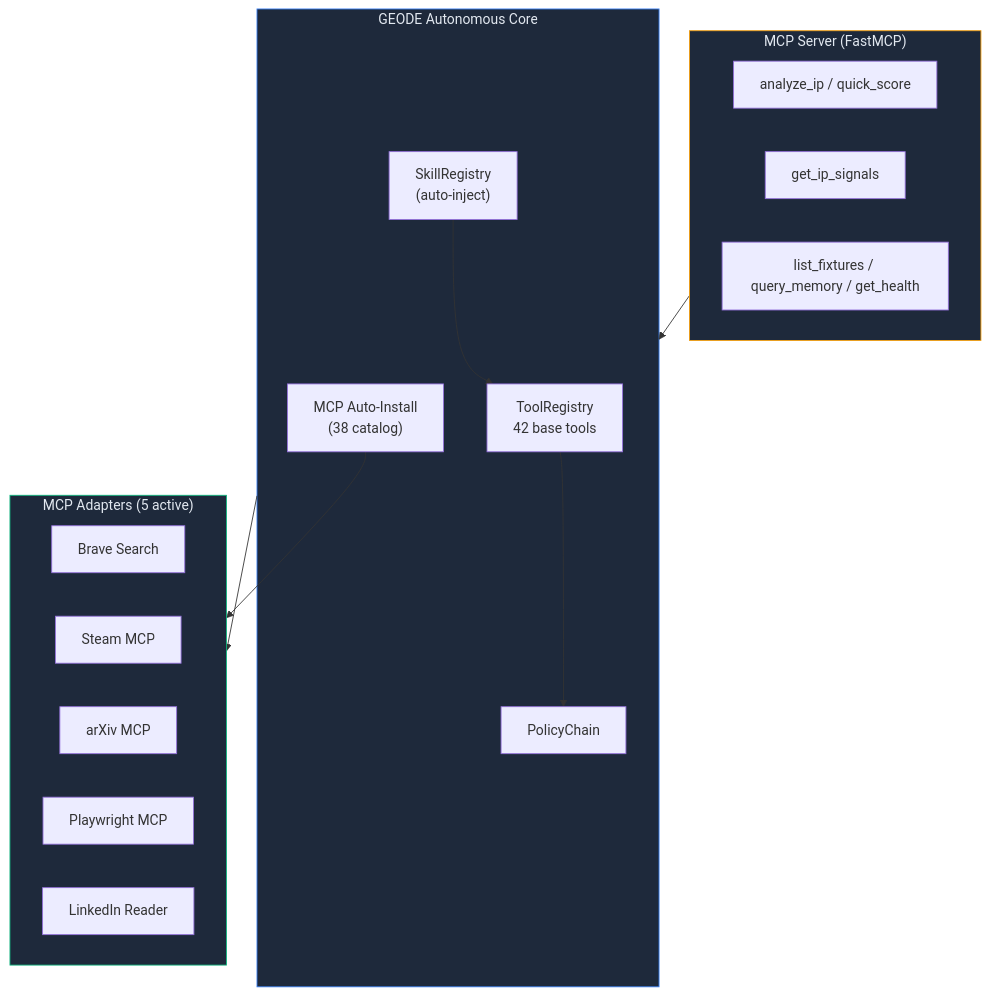
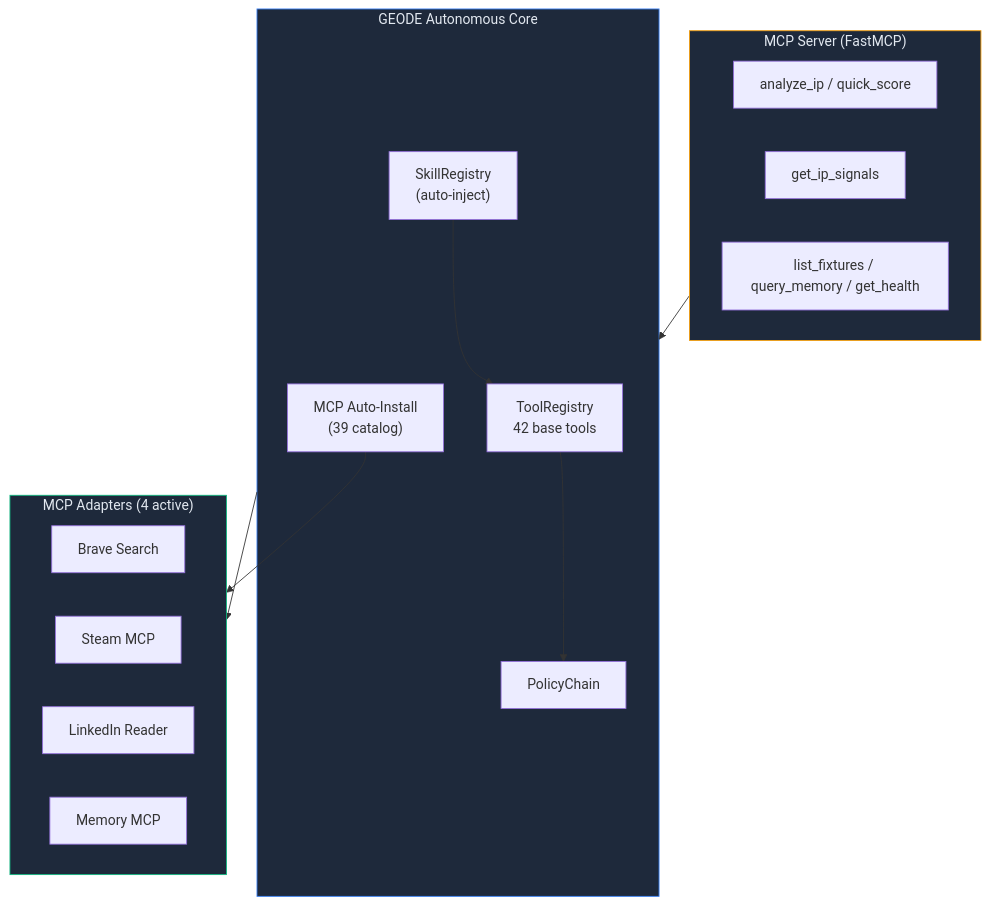
Diagram 12 of 15 in README.md (mangowhoiscloud/geode), drawn with Mermaid before and after one commit. The commit also changed other lines of this file and 1 other file, not shown here.

````diff
--- a/README.md
+++ b/README.md
@@ -513,33 +513,32 @@
 ```mermaid
 graph TB
     subgraph GEODE["GEODE Autonomous Core"]
         Registry["ToolRegistry<br/>42 base tools"]
         Policy["PolicyChain"]
         SkillReg["SkillRegistry<br/>(auto-inject)"]
-        MCPInstall["MCP Auto-Install<br/>(38 catalog)"]
+        MCPInstall["MCP Auto-Install<br/>(39 catalog)"]
     end
 
-    subgraph MCPAdapters["MCP Adapters (5 active)"]
+    subgraph MCPAdapters["MCP Adapters (4 active)"]
         Brave["Brave Search"]
         Steam["Steam MCP"]
-        ArXiv["arXiv MCP"]
-        PW["Playwright MCP"]
         LI["LinkedIn Reader"]
+        Mem["Memory MCP"]
     end
 
     subgraph MCPServer["MCP Server (FastMCP)"]
         T1["analyze_ip / quick_score"]
         T2["get_ip_signals"]
         T3["list_fixtures / query_memory / get_health"]
     end
 
     Registry --> Policy
     SkillReg --> Registry
     MCPInstall --> MCPAdapters
     GEODE --> MCPAdapters
     MCPServer --> GEODE
 
     style GEODE fill:#1e293b,stroke:#3b82f6,color:#e2e8f0
     style MCPAdapters fill:#1e293b,stroke:#10b981,color:#e2e8f0
     style MCPServer fill:#1e293b,stroke:#f59e0b,color:#e2e8f0
 ```
````
